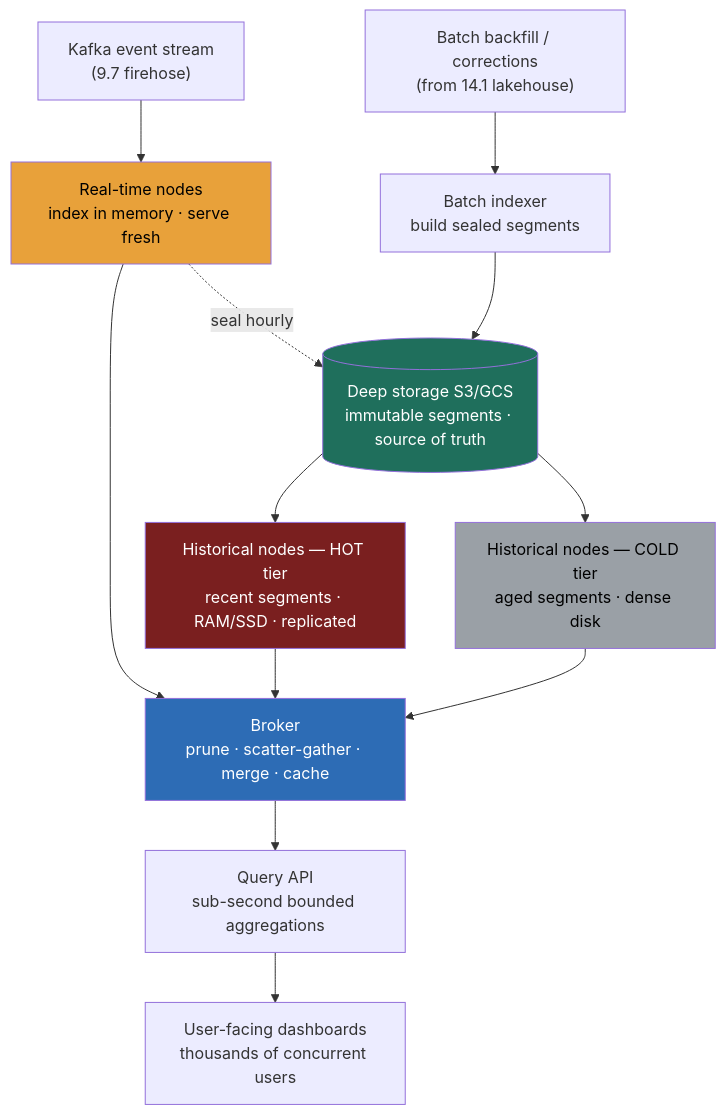
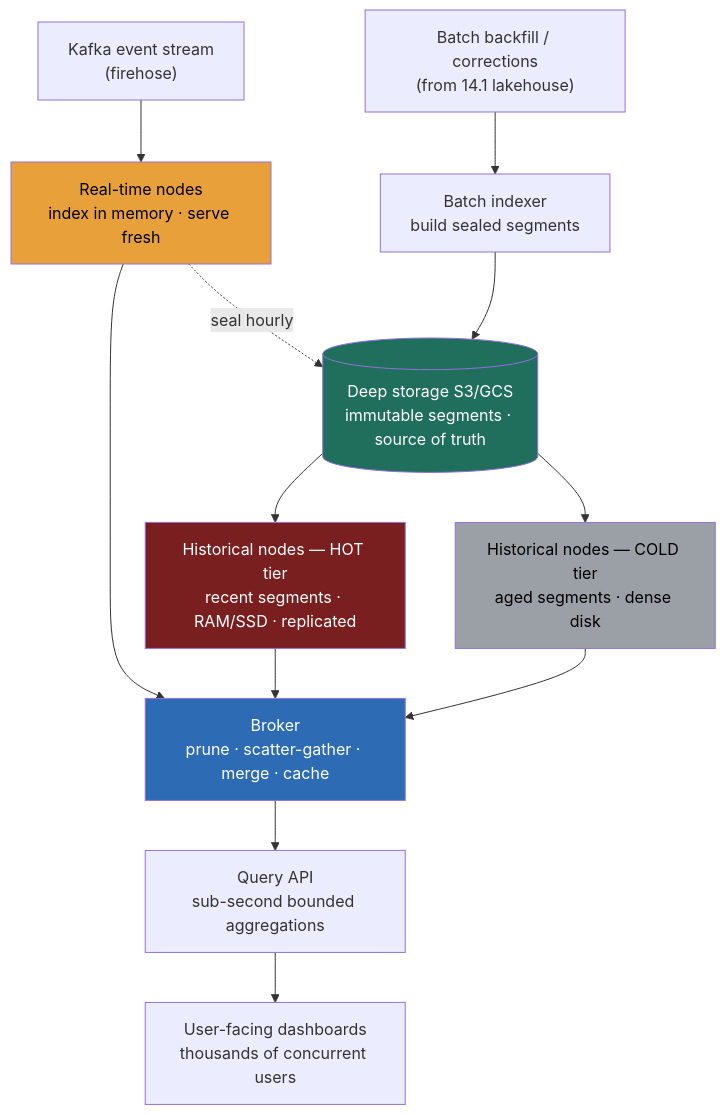
The diagram in src/content/docs/module-14/lesson-14-2.md (hkrathore/sysdesign-course), drawn with Mermaid before and after one commit. The commit also changed other lines of this file and 146 other files, not shown here.

````diff
--- a/src/content/docs/module-14/lesson-14-2.md
+++ b/src/content/docs/module-14/lesson-14-2.md
@@ -121,24 +121,24 @@
 ```mermaid
 flowchart TB
-    KAFKA["Kafka event stream<br/>(9.7 firehose)"] --> RT["Real-time nodes<br/>index in memory · serve fresh"]
+    KAFKA["Kafka event stream<br/>(firehose)"] --> RT["Real-time nodes<br/>index in memory · serve fresh"]
     BATCH["Batch backfill / corrections<br/>(from 14.1 lakehouse)"] --> IDX["Batch indexer<br/>build sealed segments"]
 
     RT -.seal hourly.-> DEEP
     IDX --> DEEP[("Deep storage S3/GCS<br/>immutable segments · source of truth")]
 
     DEEP --> HOTH["Historical nodes — HOT tier<br/>recent segments · RAM/SSD · replicated"]
     DEEP --> COLDH["Historical nodes — COLD tier<br/>aged segments · dense disk"]
 
     RT --> BROKER["Broker<br/>prune · scatter-gather · merge · cache"]
     HOTH --> BROKER
     COLDH --> BROKER
 
     BROKER --> API["Query API<br/>sub-second bounded aggregations"]
     API --> DASH["User-facing dashboards<br/>thousands of concurrent users"]
 
     style DEEP fill:#1f6f5c,color:#fff
     style RT fill:#e8a13a,color:#000
     style BROKER fill:#2d6cb5,color:#fff
     style HOTH fill:#7a1f1f,color:#fff
     style COLDH fill:#9aa0a6,color:#000
 ```
````
